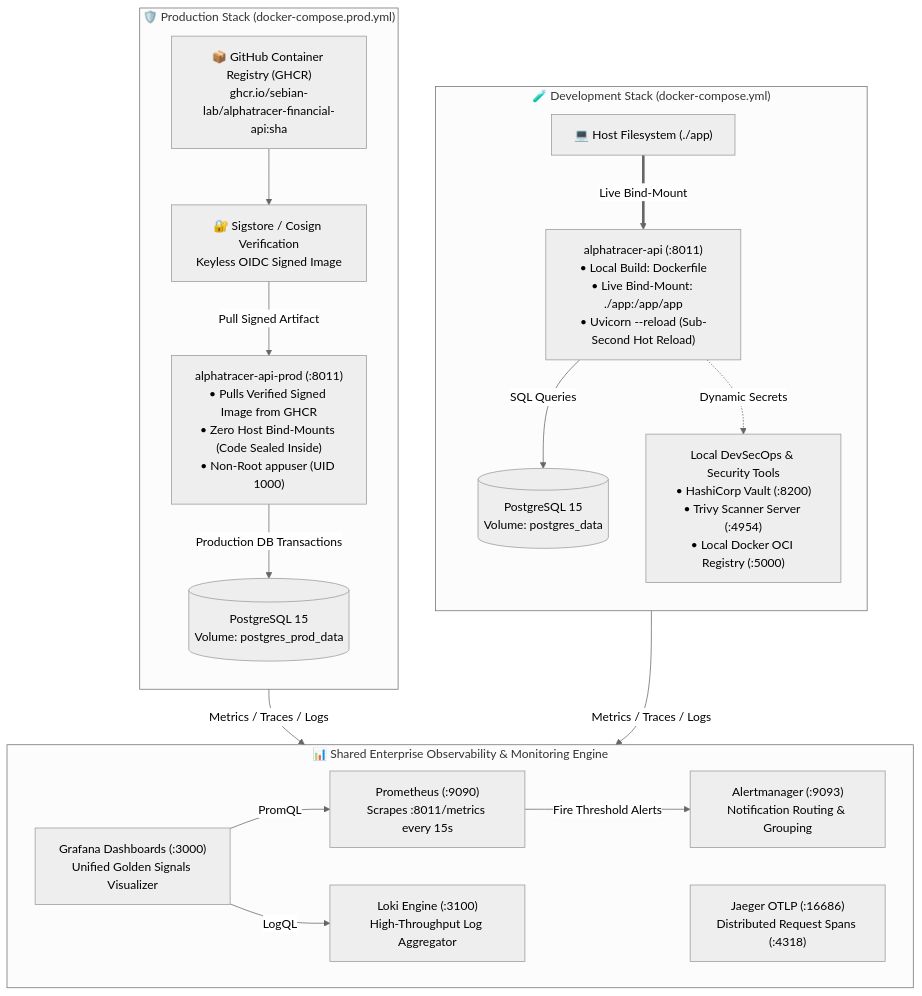
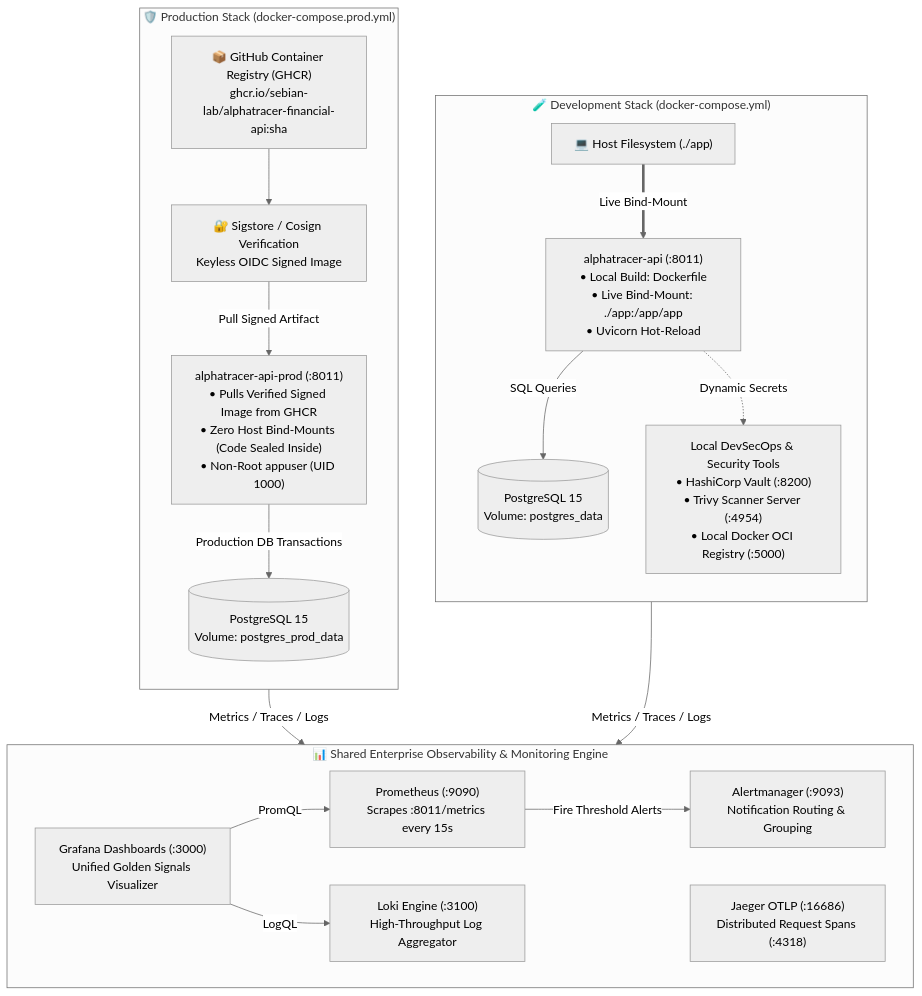
One commit to sebian-lab/alphatracer-financial-api changed the second of 2 diagrams in README.md. Above: the diagram before and after it, drawn with Mermaid (neutral theme). The commit also changed other lines of this file, not shown here.

Commit message:
docs: align README with 10-container Docker Compose architecture

````diff
--- a/README.md
+++ b/README.md
@@ -157,41 +154,41 @@
 ```mermaid
 flowchart TB
     subgraph DEV_ENV["🧪 Development Stack (docker-compose.yml)"]
         direction TB
         HostCode["💻 Host Filesystem (./app)"]
-        DevAPI["alphatracer-api (:8011)<br/>• Local Build: Dockerfile<br/>• Live Bind-Mount: ./app:/app/app<br/>• Uvicorn --reload (Sub-Second Hot Reload)"]
+        DevAPI["alphatracer-api (:8011)<br/>• Local Build: Dockerfile<br/>• Live Bind-Mount: ./app:/app/app<br/>• Uvicorn Hot-Reload"]
         DevDB[("PostgreSQL 15<br/>Volume: postgres_data")]
         DevTools["Local DevSecOps & Security Tools<br/>• HashiCorp Vault (:8200)<br/>• Trivy Scanner Server (:4954)<br/>• Local Docker OCI Registry (:5000)"]
         
         HostCode ==>|Live Bind-Mount| DevAPI
         DevAPI -->|SQL Queries| DevDB
         DevAPI -.->|Dynamic Secrets| DevTools
     end
 
     subgraph PROD_ENV["🛡️ Production Stack (docker-compose.prod.yml)"]
         direction TB
         GHCR["📦 GitHub Container Registry (GHCR)<br/>ghcr.io/sebian-lab/alphatracer-financial-api:sha"]
         CosignVerify["🔐 Sigstore / Cosign Verification<br/>Keyless OIDC Signed Image"]
         ProdAPI["alphatracer-api-prod (:8011)<br/>• Pulls Verified Signed Image from GHCR<br/>• Zero Host Bind-Mounts (Code Sealed Inside)<br/>• Non-Root appuser (UID 1000)"]
         ProdDB[("PostgreSQL 15<br/>Volume: postgres_prod_data")]
         
         GHCR --> CosignVerify -->|Pull Signed Artifact| ProdAPI
         ProdAPI -->|Production DB Transactions| ProdDB
     end
 
     subgraph TELEMETRY["📊 Shared Enterprise Observability & Monitoring Engine"]
         Prom["Prometheus (:9090)<br/>Scrapes :8011/metrics every 15s"]
         Alert["Alertmanager (:9093)<br/>Notification Routing & Grouping"]
         Jaeger["Jaeger OTLP (:16686)<br/>Distributed Request Spans (:4318)"]
         Loki["Loki Engine (:3100)<br/>High-Throughput Log Aggregator"]
         Grafana["Grafana Dashboards (:3000)<br/>Unified Golden Signals Visualizer"]
         
         Prom -->|Fire Threshold Alerts| Alert
         Grafana -->|PromQL| Prom
         Grafana -->|LogQL| Loki
     end
 
     %% Observability Connections
     DevAPI -->|Metrics / Traces / Logs| TELEMETRY
     ProdAPI -->|Metrics / Traces / Logs| TELEMETRY
 ```
````
